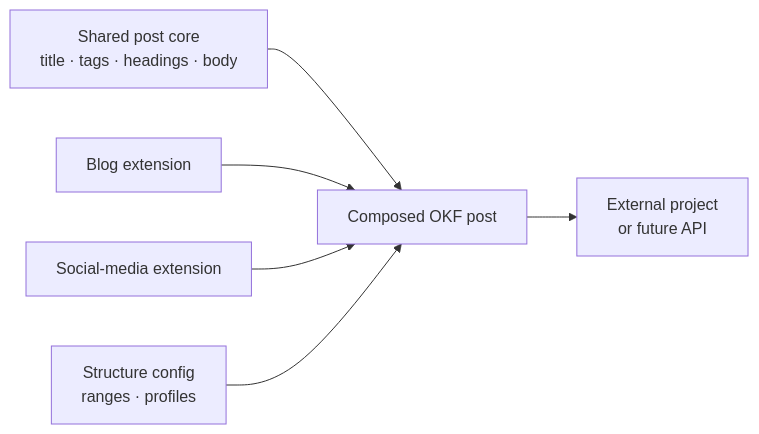
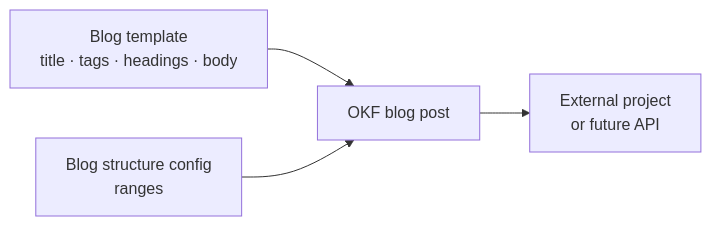
The first of 2 diagrams in README.md (promotemyapp/post), drawn with Mermaid before and after one commit. The commit also changed other lines of this file and 8 other files, not shown here.

````diff
--- a/README.md
+++ b/README.md
@@ -11,15 +11,11 @@
 ```mermaid
 flowchart LR
-    Core[Shared post core<br/>title · tags · headings · body]
-    Blog[Blog extension]
-    Social[Social-media extension]
-    Config[Structure config<br/>ranges · profiles]
-    Post[Composed OKF post]
+    Blog[Blog template<br/>title · tags · headings · body]
+    Config[Blog structure config<br/>ranges]
+    Post[OKF blog post]
     External[External project<br/>or future API]
 
-    Core --> Post
     Blog --> Post
-    Social --> Post
     Config --> Post
     Post --> External
 ```
````
